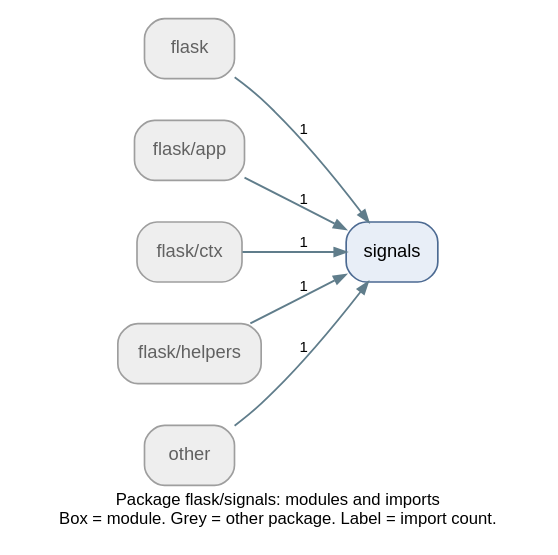
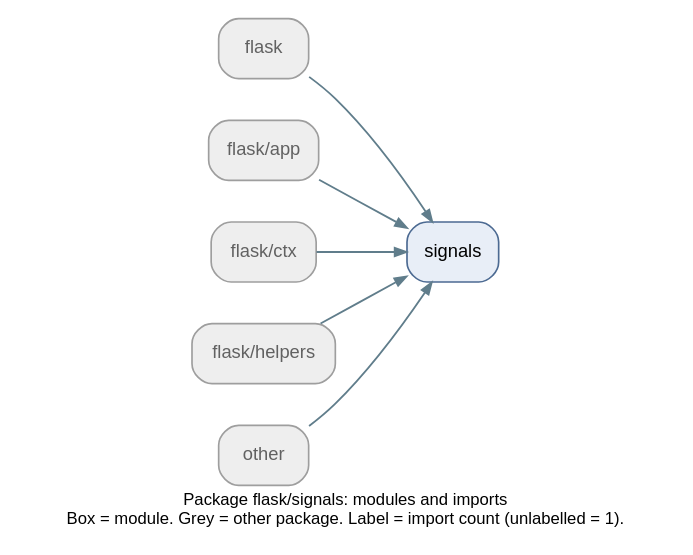
One commit to Icoder05/buglens changed the diagram in onboarding/pallets__flask/diagrams/packages/flask_signals.dot. Above: the diagram before and after it, drawn with Graphviz. The commit also changed 70 other files, not shown here.

```diff
--- a/onboarding/pallets__flask/diagrams/packages/flask_signals.dot
+++ b/onboarding/pallets__flask/diagrams/packages/flask_signals.dot
@@ -1,17 +1,17 @@
 digraph package {
 	fontname=Helvetica fontsize=10 label="Package flask/signals: modules and imports
-Box = module. Grey = other package. Label = import count." labelloc=b nodesep=0.35 rankdir=LR ranksep=0.6
+Box = module. Grey = other package. Label = import count (unlabelled = 1)." labelloc=b nodesep=0.35 rankdir=LR ranksep=0.6
 	node [color="#4c6a92" fillcolor="#e8eef7" fontname=Helvetica fontsize=11 shape=box style="rounded,filled"]
 	edge [arrowsize=0.7 color="#607d8b" fontname=Helvetica fontsize=9]
 	n0 [label=flask color="#9e9e9e" fillcolor="#eeeeee" fontcolor="#616161" tooltip="ext::flask"]
 	n1 [label="flask/app" color="#9e9e9e" fillcolor="#eeeeee" fontcolor="#616161" tooltip="ext::flask/app"]
 	n2 [label="flask/ctx" color="#9e9e9e" fillcolor="#eeeeee" fontcolor="#616161" tooltip="ext::flask/ctx"]
 	n3 [label="flask/helpers" color="#9e9e9e" fillcolor="#eeeeee" fontcolor="#616161" tooltip="ext::flask/helpers"]
 	n4 [label=other color="#9e9e9e" fillcolor="#eeeeee" fontcolor="#616161" tooltip="ext::other"]
 	n5 [label=signals tooltip="flask.signals"]
-	n0 -> n5 [label=1 penwidth=1.1]
-	n1 -> n5 [label=1 penwidth=1.1]
-	n2 -> n5 [label=1 penwidth=1.1]
-	n3 -> n5 [label=1 penwidth=1.1]
-	n4 -> n5 [label=1 penwidth=1.1]
+	n0 -> n5 [penwidth=1.1]
+	n1 -> n5 [penwidth=1.1]
+	n2 -> n5 [penwidth=1.1]
+	n3 -> n5 [penwidth=1.1]
+	n4 -> n5 [penwidth=1.1]
 }
```
